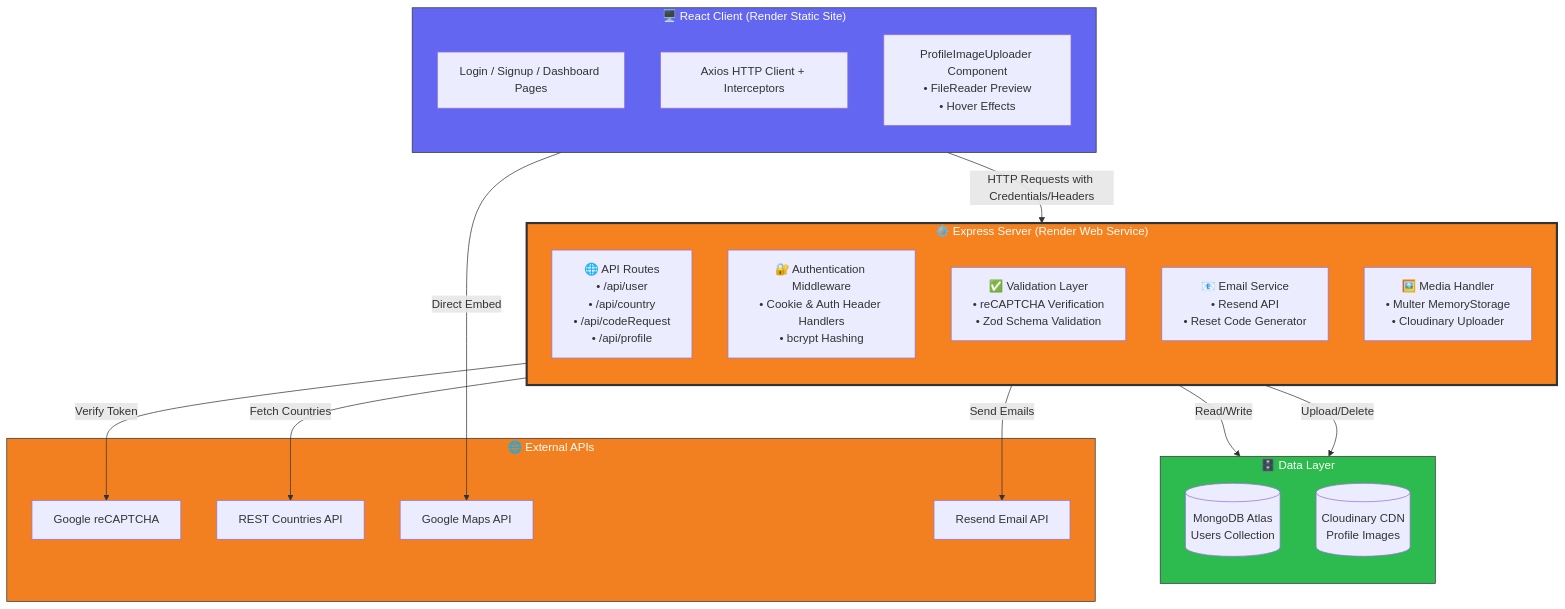
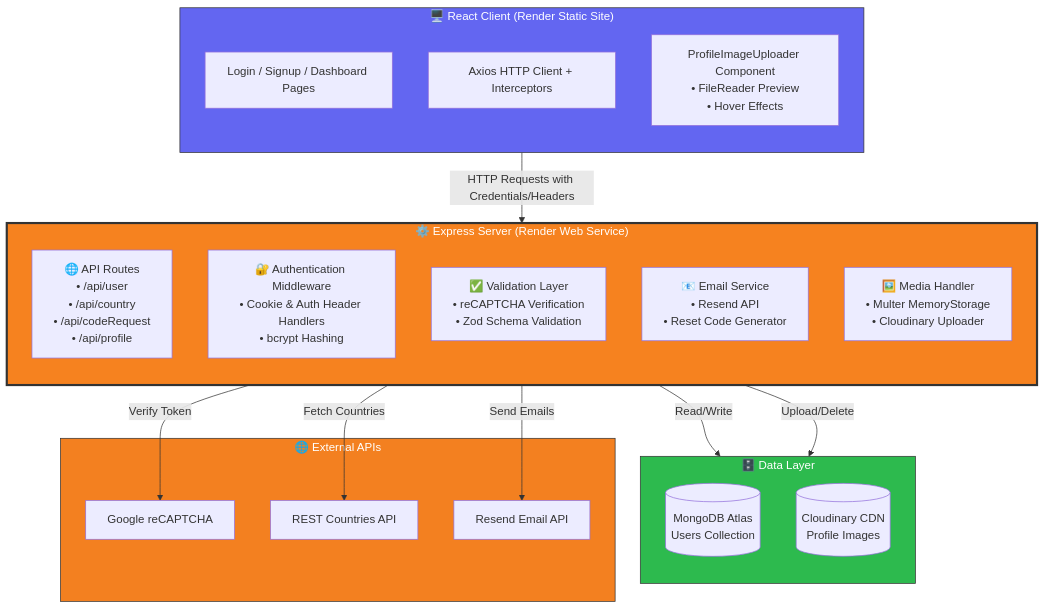
Before and after one commit to Mel000000/Authentication-User-Dashboard-App: the diagram in README.md, drawn with Mermaid. The commit also changed other lines of this file, not shown here.

First line of the commit message:
Enhance README with email verification and flow details

````diff
--- a/README.md
+++ b/README.md
@@ -103,48 +104,46 @@
 ```mermaid
 flowchart TB
     subgraph Client["🖥️ React Client (Render Static Site)"]
         direction TB
         A["Login / Signup / Dashboard Pages"]
         B["Axios HTTP Client + Interceptors"]
         A2["ProfileImageUploader Component<br/>• FileReader Preview<br/>• Hover Effects"]
     end
 
     subgraph Server["⚙️ Express Server (Render Web Service)"]
         direction TB
         C["🌐 API Routes<br/>• /api/user<br/>• /api/country<br/>• /api/codeRequest<br/>• /api/profile"]
         
         D["🔐 Authentication Middleware<br/>• Cookie & Auth Header Handlers<br/>• bcrypt Hashing"]
         
         E["✅ Validation Layer<br/>• reCAPTCHA Verification<br/>• Zod Schema Validation"]
         
         F["📧 Email Service<br/>• Resend API<br/>• Reset Code Generator"]
         
         G["🖼️ Media Handler<br/>• Multer MemoryStorage<br/>• Cloudinary Uploader"]
     end
 
     subgraph Data["🗄️ Data Layer"]
         direction TB
         H[("MongoDB Atlas<br/>Users Collection")]
         I[("Cloudinary CDN<br/>Profile Images")]
     end
 
     subgraph External["🌐 External APIs"]
         J["Google reCAPTCHA"]
         K["REST Countries API"]
-        L["Google Maps API"]
         M["Resend Email API"]
     end
 
     Client -->|HTTP Requests with Credentials/Headers| Server
     Server -->|Read/Write| H
     Server -->|Upload/Delete| I
     Server -->|Verify Token| J
     Server -->|Fetch Countries| K
-    Client -->|Direct Embed| L
     Server -->|Send Emails| M
 
     style Client fill:#6366F1,color:#fff,stroke:#333,stroke-width:1px
     style Server fill:#F6821F,color:#fff,stroke:#333,stroke-width:3px
     style Data fill:#2DBA4E,color:#fff,stroke:#333,stroke-width:1px
     style External fill:#F38020,color:#fff,stroke:#333,stroke-width:1px
 ```
````
